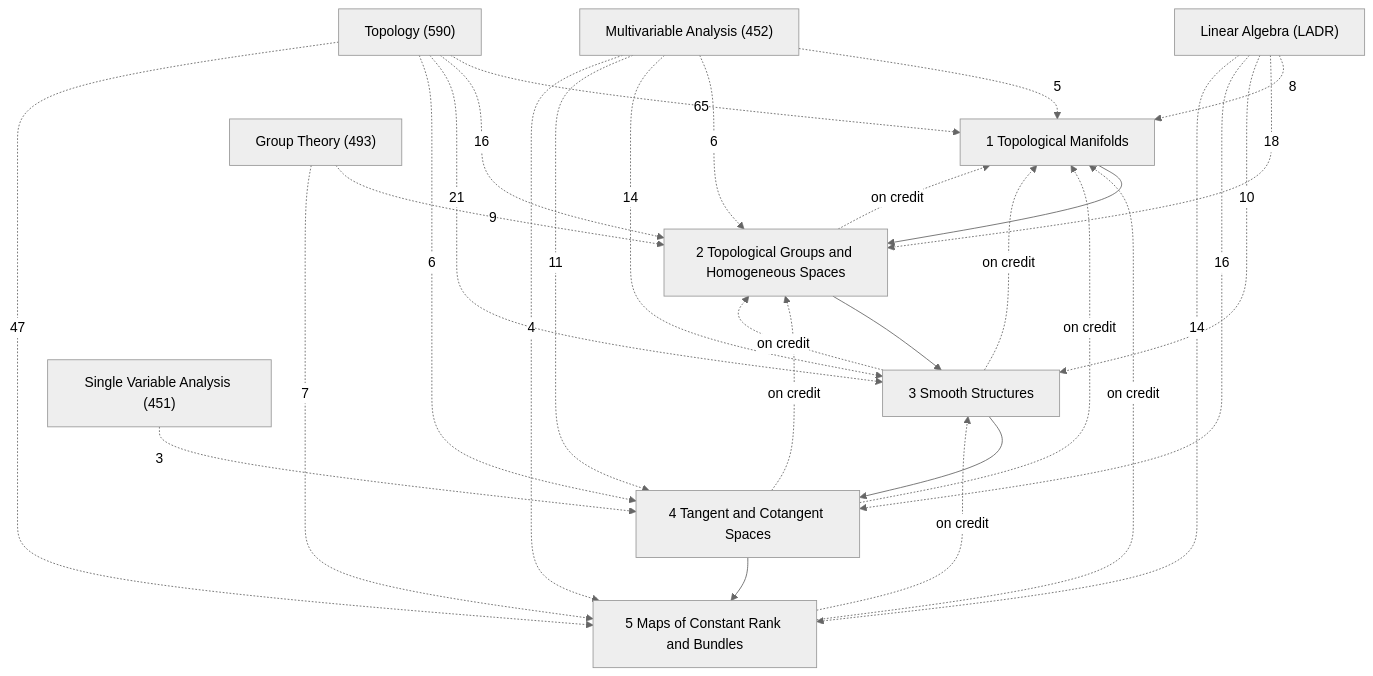
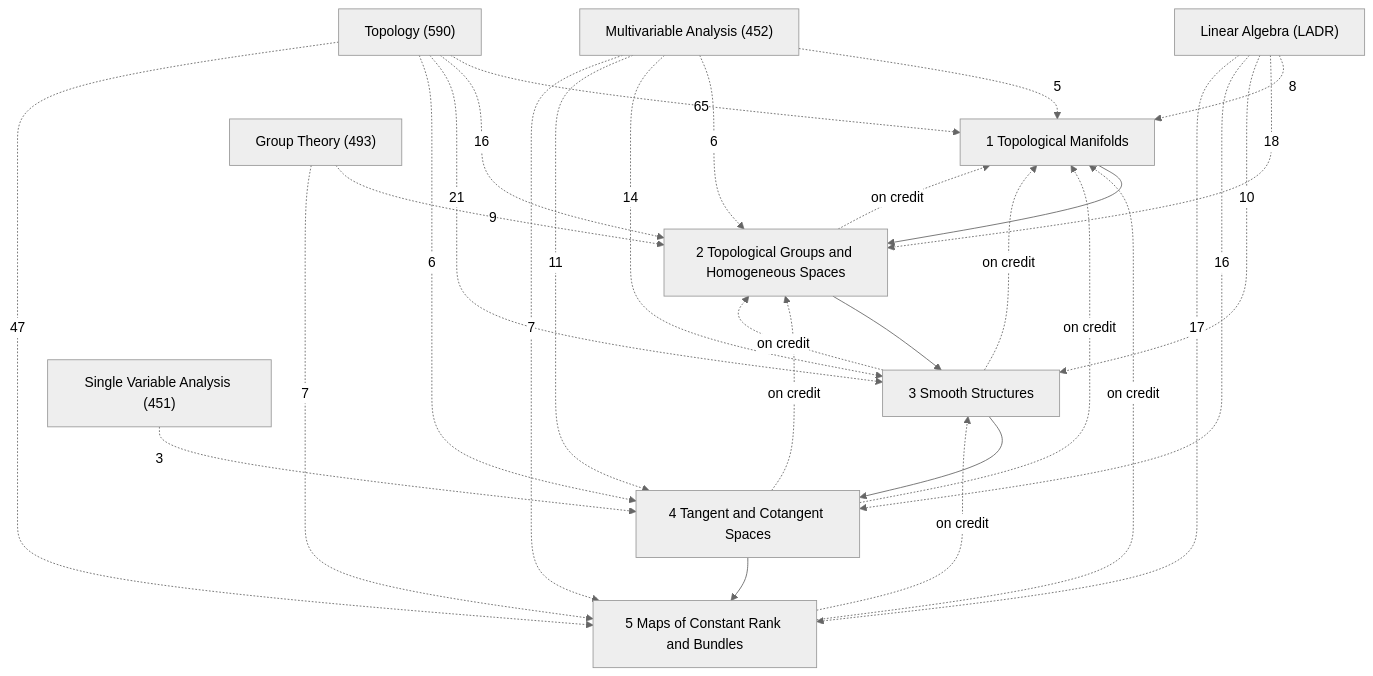
The diagram in Math/Differentiable Manifolds/Differentiable Manifolds.md (Onion20040508/notes), drawn with Mermaid (neutral theme) before and after one commit. The commit also changed other lines of this file and 193 other files, not shown here.

````diff
--- a/Math/Differentiable Manifolds/Differentiable Manifolds.md
+++ b/Math/Differentiable Manifolds/Differentiable Manifolds.md
@@ -27,42 +27,42 @@
 ```mermaid
 graph TD
   C1["1 Topological Manifolds"]
   C2["2 Topological Groups and Homogeneous Spaces"]
   C3["3 Smooth Structures"]
   C4["4 Tangent and Cotangent Spaces"]
   C5["5 Maps of Constant Rank and Bundles"]
   X1["Topology (590)"]
   X2["Multivariable Analysis (452)"]
   X3["Linear Algebra (LADR)"]
   X4["Group Theory (493)"]
   X5["Single Variable Analysis (451)"]
   C1 --> C2
   C2 --> C3
   C3 --> C4
   C4 --> C5
   C2 -.->|on credit| C1
   C3 -.->|on credit| C1
   C3 -.->|on credit| C2
   C4 -.->|on credit| C1
   C4 -.->|on credit| C2
   C5 -.->|on credit| C1
   C5 -.->|on credit| C3
   X4 -.->|9| C2
   X4 -.->|7| C5
   X3 -.->|8| C1
   X3 -.->|18| C2
   X3 -.->|10| C3
   X3 -.->|16| C4
-  X3 -.->|14| C5
+  X3 -.->|17| C5
   X2 -.->|5| C1
   X2 -.->|6| C2
   X2 -.->|14| C3
   X2 -.->|11| C4
-  X2 -.->|4| C5
+  X2 -.->|7| C5
   X5 -.->|3| C4
   X1 -.->|65| C1
   X1 -.->|16| C2
   X1 -.->|21| C3
   X1 -.->|6| C4
   X1 -.->|47| C5
 ```
````
